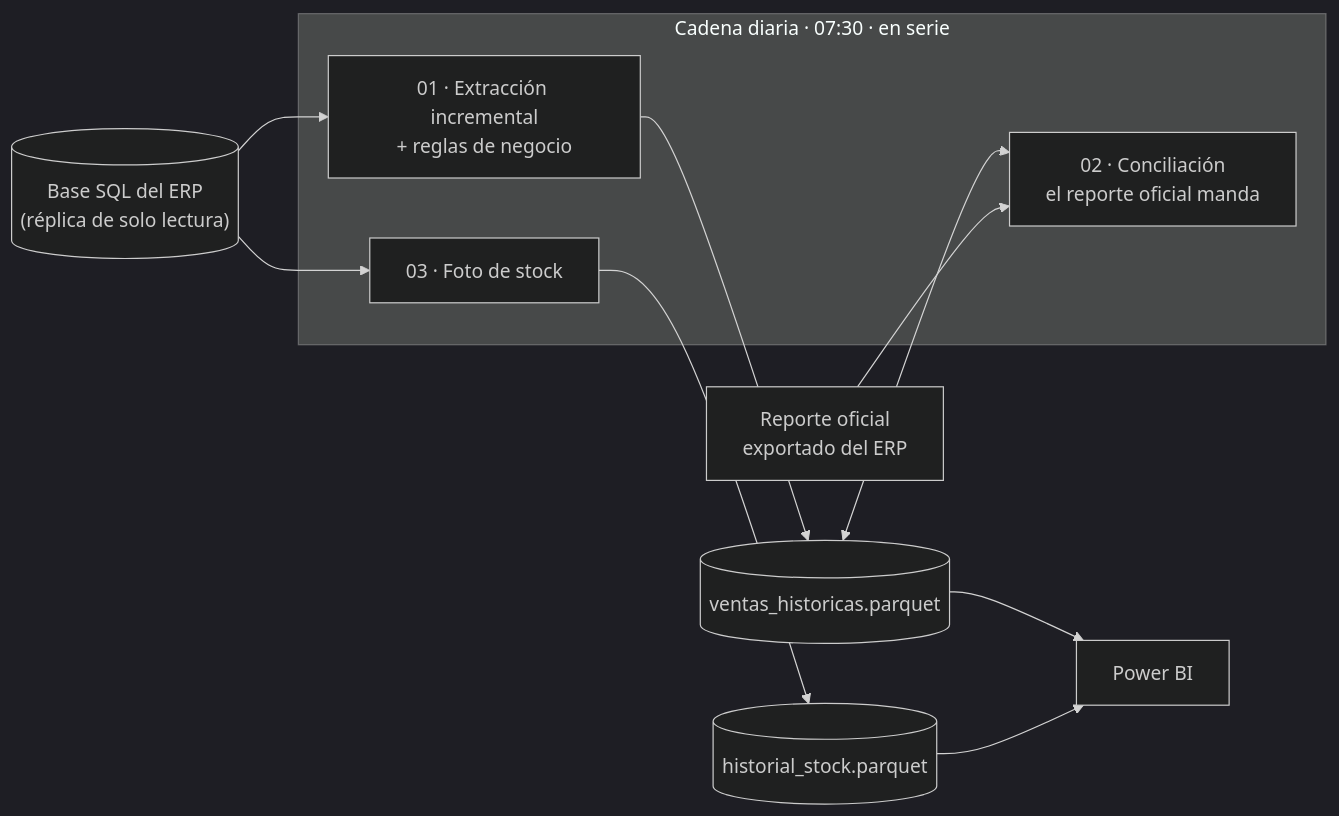
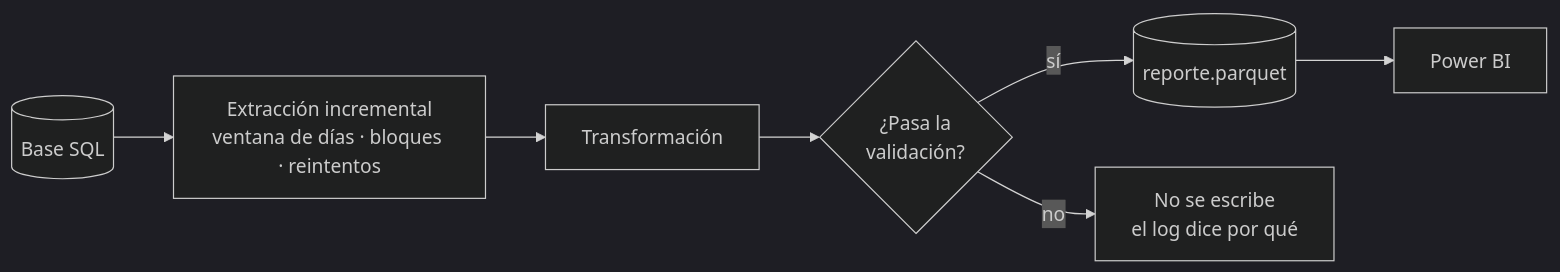
The diagram in pipeline-sql-a-powerbi/README.md (bordoncarlos/automatizacion), drawn with Mermaid (dark theme) before and after one commit. The commit also changed other lines of this file and 43 other files, not shown here.

First line of the commit message:
Simplifica a un actualizar_reporte generico por fuente

````diff
--- a/pipeline-sql-a-powerbi/README.md
+++ b/pipeline-sql-a-powerbi/README.md
@@ -37,17 +10,9 @@
 ```mermaid
 flowchart LR
-    DB[("Base SQL del ERP<br/>(réplica de solo lectura)")]
-    REP["Reporte oficial<br/>exportado del ERP"]
-
-    subgraph CADENA ["Cadena diaria · 07:30 · en serie"]
-        E["01 · Extracción incremental<br/>+ reglas de negocio"]
-        C["02 · Conciliación<br/>el reporte oficial manda"]
-        S["03 · Foto de stock"]
-    end
-
-    DB --> E --> PV[("ventas_historicas.parquet")]
-    PV <--> C
-    REP --> C
-    DB --> S --> PS[("historial_stock.parquet")]
-    PV & PS --> PBI["Power BI"]
+    DB[("Base SQL")] --> E["Extracción incremental<br/>ventana de días · bloques · reintentos"]
+    E --> T["Transformación"]
+    T --> V{"¿Pasa la<br/>validación?"}
+    V -- sí --> P[("reporte.parquet")]
+    V -- no --> X["No se escribe<br/>el log dice por qué"]
+    P --> PBI["Power BI"]
 ```
````
